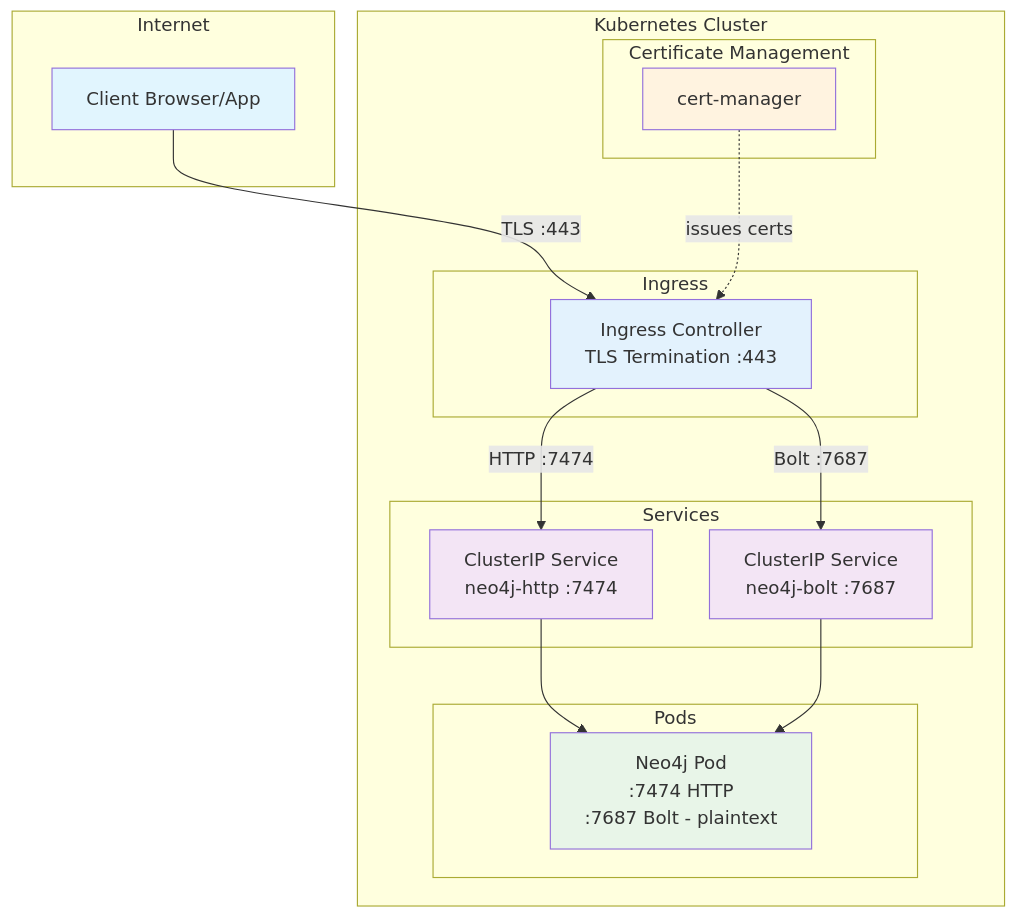
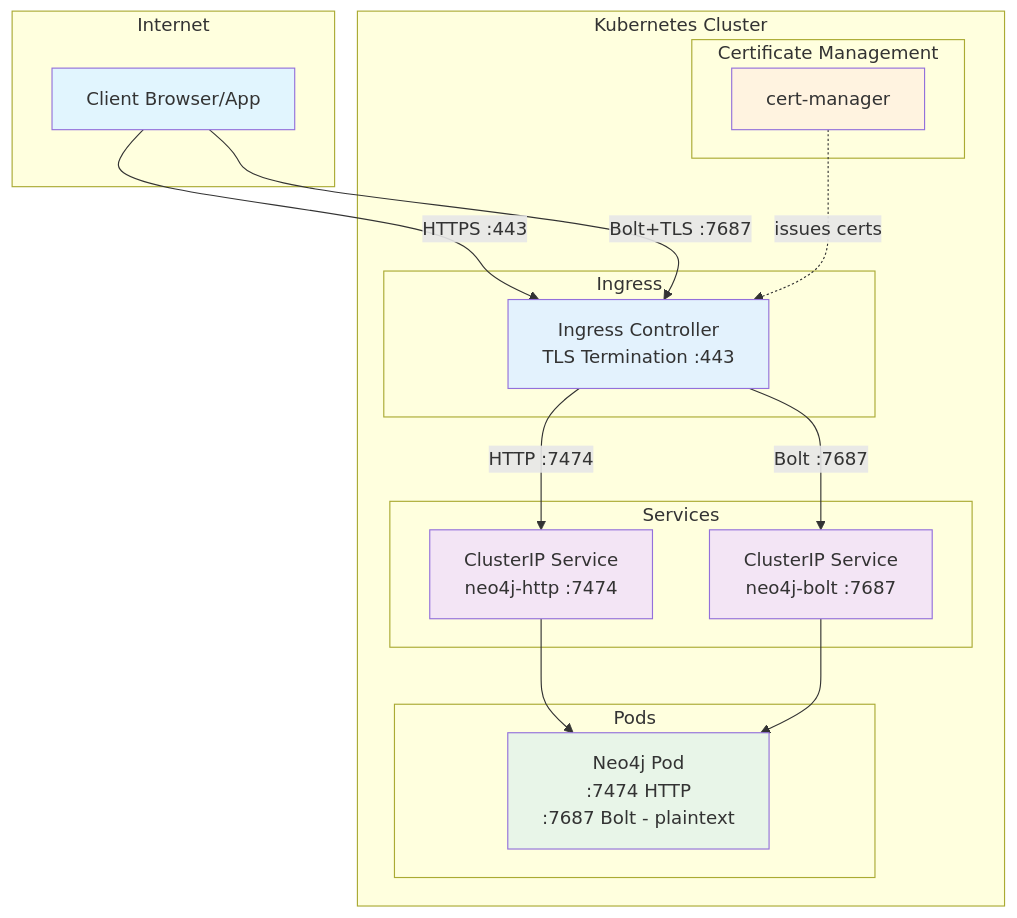
One commit to chboudry/neo4j-kubernetes changed the second of 6 diagrams in readme_network.md. Above: the diagram before and after it, drawn with Mermaid. The commit also changed other lines of this file, not shown here.

Commit message:
Update network architecture documentation to clarify recommended use cases and improve accuracy of complexity and port information

````diff
--- a/readme_network.md
+++ b/readme_network.md
@@ -80,36 +77,37 @@
 ```mermaid
 graph TB
     subgraph "Internet"
         Client[Client Browser/App]
     end
 
     subgraph "Kubernetes Cluster"
         subgraph "Ingress"
             IC[Ingress Controller<br/>TLS Termination :443]
         end
         subgraph "Services"
             Neo4jHTTPS[ClusterIP Service<br/>neo4j-http :7474]
             Neo4jBolt[ClusterIP Service<br/>neo4j-bolt :7687]
         end
         subgraph "Pods"
             Neo4j[Neo4j Pod<br/>:7474 HTTP<br/>:7687 Bolt - plaintext]
         end
         subgraph "Certificate Management"
             CM[cert-manager]
         end
     end
 
-    Client -->|TLS :443| IC
+    Client -->|HTTPS :443| IC
+    Client -->|Bolt+TLS :7687| IC
     IC -->|HTTP :7474| Neo4jHTTPS
     IC -->|Bolt :7687| Neo4jBolt
     Neo4jHTTPS --> Neo4j
     Neo4jBolt --> Neo4j
     CM -.->|issues certs| IC
 
     style Client fill:#e1f5fe
     style IC fill:#e3f2fd
     style Neo4jHTTPS fill:#f3e5f5
     style Neo4jBolt fill:#f3e5f5
     style Neo4j fill:#e8f5e8
     style CM fill:#fff3e0
 ```
````
